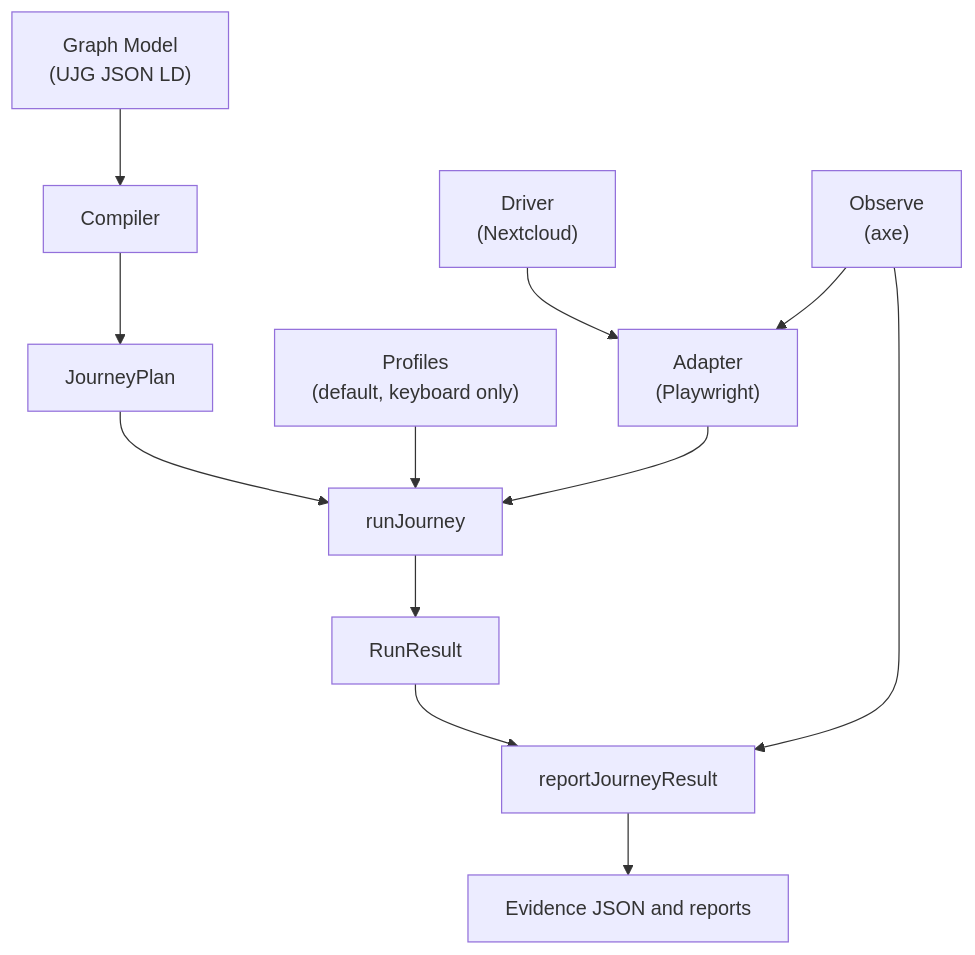
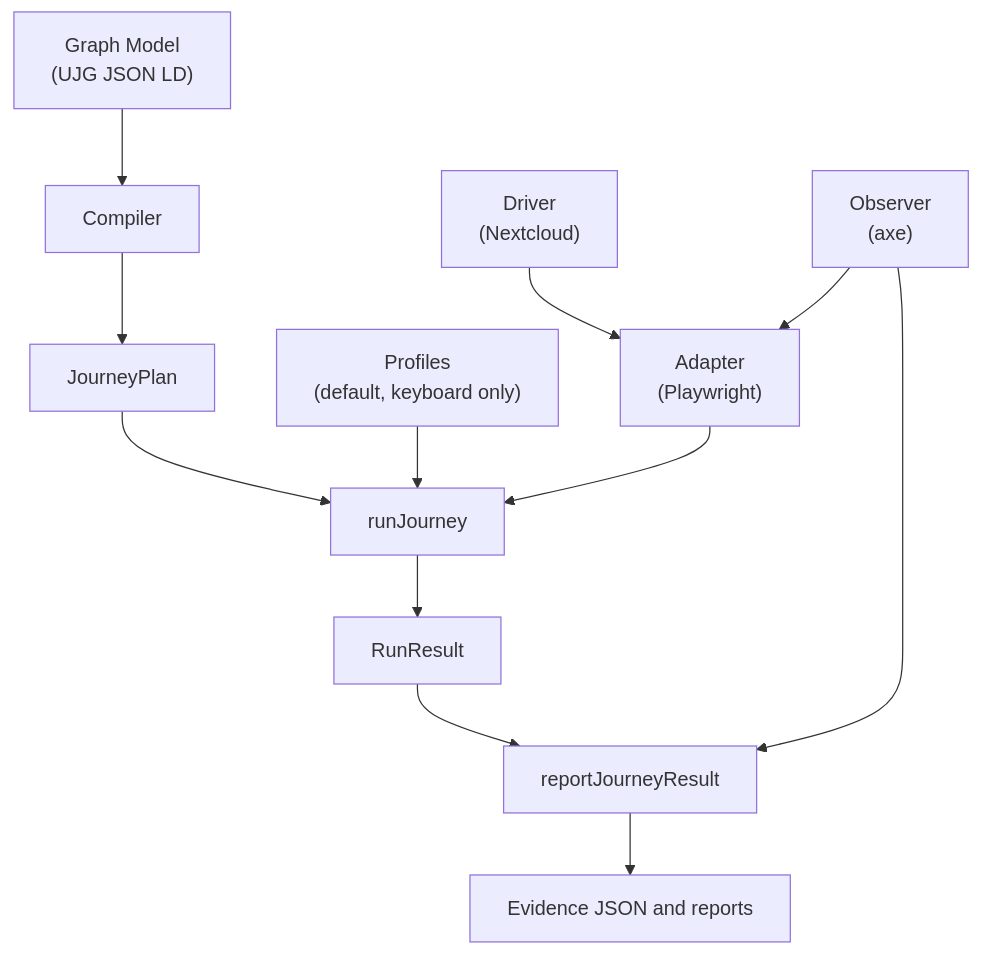
Before and after one commit to openuji/journey-mesh: the diagram in README.md, drawn with Mermaid.

````diff
--- a/README.md
+++ b/README.md
@@ -33,26 +33,26 @@
 ```mermaid
 graph TD
   graphmodel["Graph Model <br/> (UJG JSON LD)"]
   binding[Compiler]
   plan[JourneyPlan]
   runner[runJourney]
   profiles["Profiles <br /> (default, keyboard only)"]
   adapter["Adapter <br/> (Playwright)"]
   driver["Driver <br/> (Nextcloud)"]
-  observer["Observe <br /> (axe)"]
+  observer["Observer <br /> (axe)"]
   result[RunResult]
   reporting[reportJourneyResult]
   reports[Evidence JSON and reports]
 
   graphmodel --> binding
   binding --> plan
   plan --> runner
   profiles --> runner
   driver --> adapter
   observer --> adapter
   adapter --> runner
   runner --> result
   result --> reporting
   observer --> reporting
   reporting --> reports
 ```
````
